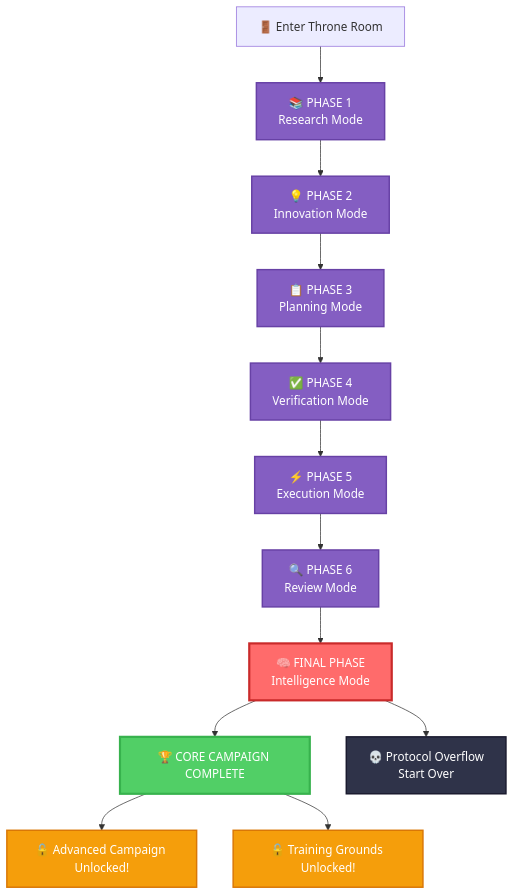
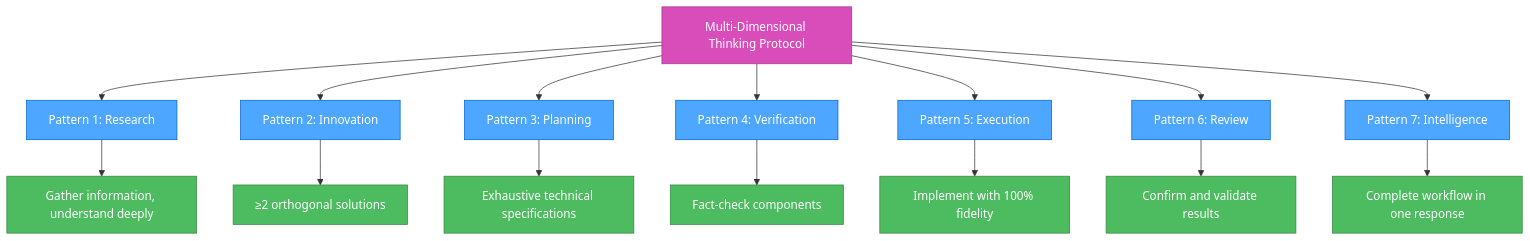
One commit to giang6283623/cursor-tip changed the third of 8 diagrams in README.md. Above: the diagram before and after it, drawn with Mermaid. The commit also changed other lines of this file and 7 other files, not shown here.

````diff
--- a/README.md
+++ b/README.md
@@ -358,28 +109,26 @@
 ```mermaid
 graph TD
-    Start[🚪 Enter Throne Room] --> Phase1[📚 PHASE 1<br/>Research Mode]
-    Phase1 --> Phase2[💡 PHASE 2<br/>Innovation Mode]
-    Phase2 --> Phase3[📋 PHASE 3<br/>Planning Mode]
-    Phase3 --> Phase4[✅ PHASE 4<br/>Verification Mode]
-    Phase4 --> Phase5[⚡ PHASE 5<br/>Execution Mode]
-    Phase5 --> Phase6[🔍 PHASE 6<br/>Review Mode]
-    Phase6 --> Final[🧠 FINAL PHASE<br/>Intelligence Mode]
+    Protocol[Multi-Dimensional Thinking Protocol] --> P1[Pattern 1: Research]
+    Protocol --> P2[Pattern 2: Innovation]
+    Protocol --> P3[Pattern 3: Planning]
+    Protocol --> P4[Pattern 4: Verification]
+    Protocol --> P5[Pattern 5: Execution]
+    Protocol --> P6[Pattern 6: Review]
+    Protocol --> P7[Pattern 7: Intelligence]
 
-    Final --> Victory[🏆 CORE CAMPAIGN COMPLETE]
-    Final --> Death[💀 Protocol Overflow<br/>Start Over]
+    P1 --> Research[Gather information, understand deeply]
+    P2 --> Innovation[≥2 orthogonal solutions]
+    P3 --> Planning[Exhaustive technical specifications]
+    P4 --> Verification[Fact-check components]
+    P5 --> Execution[Implement with 100% fidelity]
+    P6 --> Review[Confirm and validate results]
+    P7 --> Intelligence[Complete workflow in one response]
 
-    Victory --> UnlockAdvanced[🔓 Advanced Campaign Unlocked!]
-    Victory --> UnlockTraining[🔓 Training Grounds Unlocked!]
+    classDef protocol fill:#d94dbb,stroke:#a3378a,color:white
+    classDef pattern fill:#4da6ff,stroke:#0066cc,color:white
+    classDef description fill:#4dbb5f,stroke:#36873f,color:white
 
-    classDef phase fill:#845ec2,stroke:#6741a5,stroke-width:2px,color:#fff
-    classDef final fill:#ff6b6b,stroke:#c92a2a,stroke-width:3px,color:#fff
-    classDef win fill:#51cf66,stroke:#37b24d,stroke-width:3px,color:#fff
-    classDef death fill:#2f3349,stroke:#1a1a2e,stroke-width:2px,color:#fff
-    classDef unlock fill:#f59e0b,stroke:#d97706,stroke-width:2px,color:#fff
-
-    class Phase1,Phase2,Phase3,Phase4,Phase5,Phase6 phase
-    class Final final
-    class Victory win
-    class Death death
-    class UnlockAdvanced,UnlockTraining unlock
+    class Protocol protocol
+    class P1,P2,P3,P4,P5,P6,P7 pattern
+    class Research,Innovation,Planning,Verification,Execution,Review,Intelligence description
 ```
````
